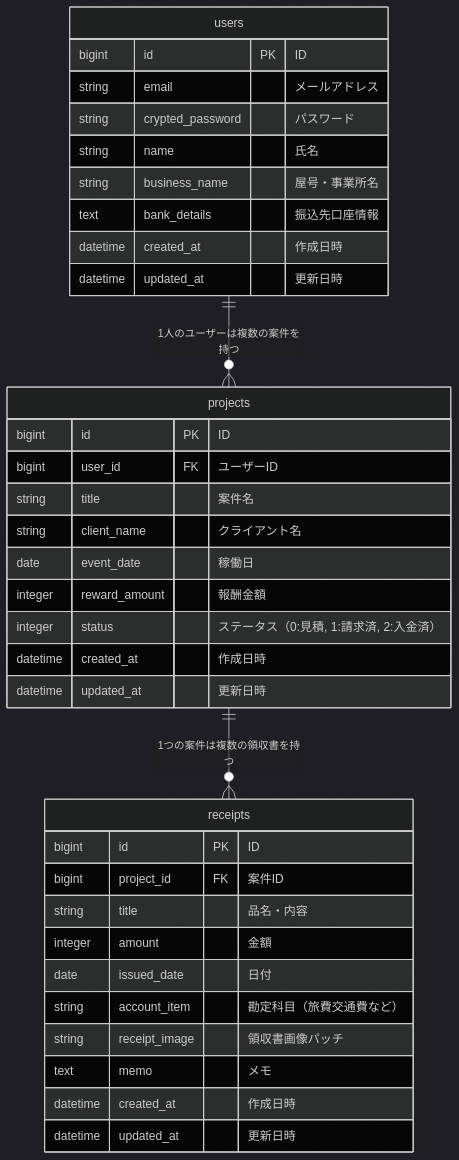
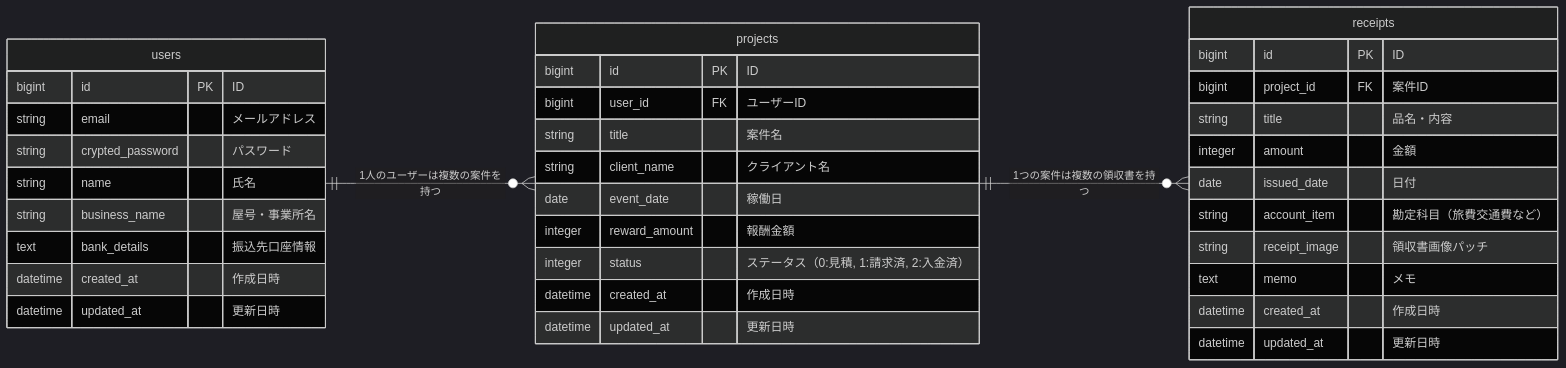
The diagram in README.md (dai-aka0510/interpreter-support_app), drawn with Mermaid (dark theme) before and after one commit.

Commit message:
ER図の配置を横並びに変更

````diff
--- a/README.md
+++ b/README.md
@@ -139,41 +139,43 @@
 ```mermaid
 erDiagram
+    direction LR
+
     users ||--o{ projects : "1人のユーザーは複数の案件を持つ"
     projects ||--o{ receipts : "1つの案件は複数の領収書を持つ"
 
     users {
         bigint id PK "ID"
         string email "メールアドレス"
         string crypted_password "パスワード"
         string name "氏名"
         string business_name "屋号・事業所名"
         text bank_details "振込先口座情報"
         datetime created_at "作成日時"
         datetime updated_at "更新日時"
     }
 
     projects {
         bigint id PK "ID"
         bigint user_id FK "ユーザーID"
         string title "案件名"
         string client_name "クライアント名"
         date event_date "稼働日"
         integer reward_amount "報酬金額"
         integer status "ステータス（0:見積, 1:請求済, 2:入金済）"
         datetime created_at "作成日時"
         datetime updated_at "更新日時"
     }
 
     receipts {
         bigint id PK "ID"
         bigint project_id FK "案件ID"
         string title "品名・内容"
         integer amount "金額"
         date issued_date "日付"
         string account_item "勘定科目（旅費交通費など）"
         string receipt_image "領収書画像パッチ"
         text memo "メモ"
         datetime created_at "作成日時"
         datetime updated_at "更新日時"
     }
 ```
````
